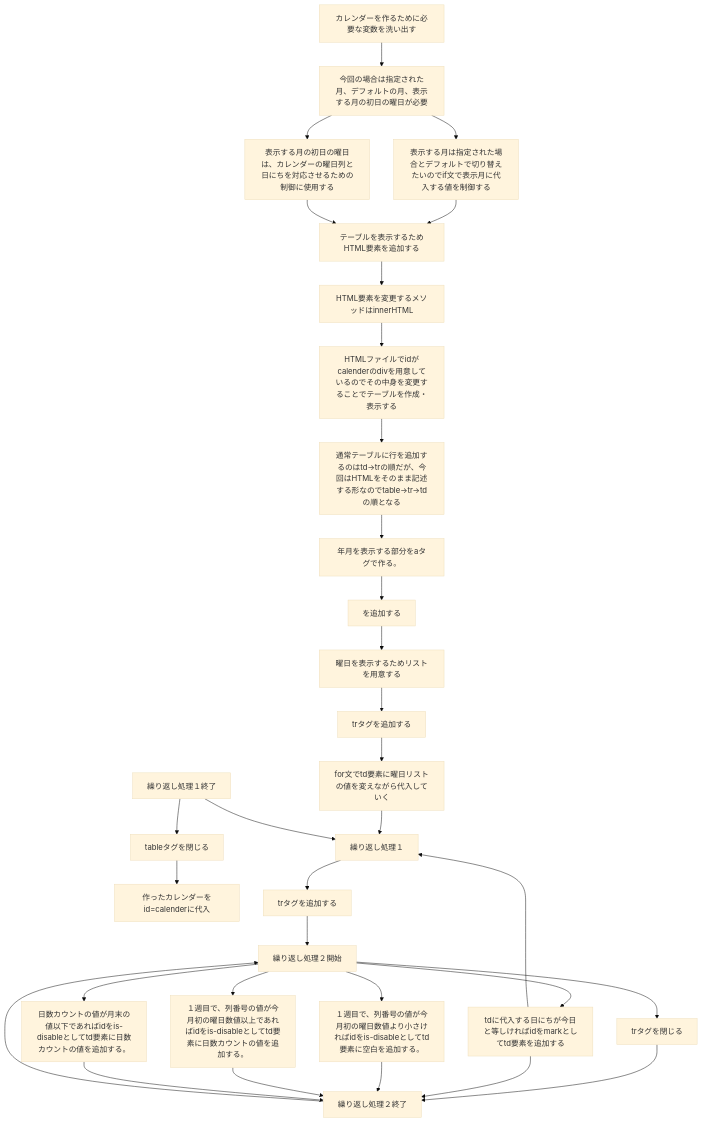
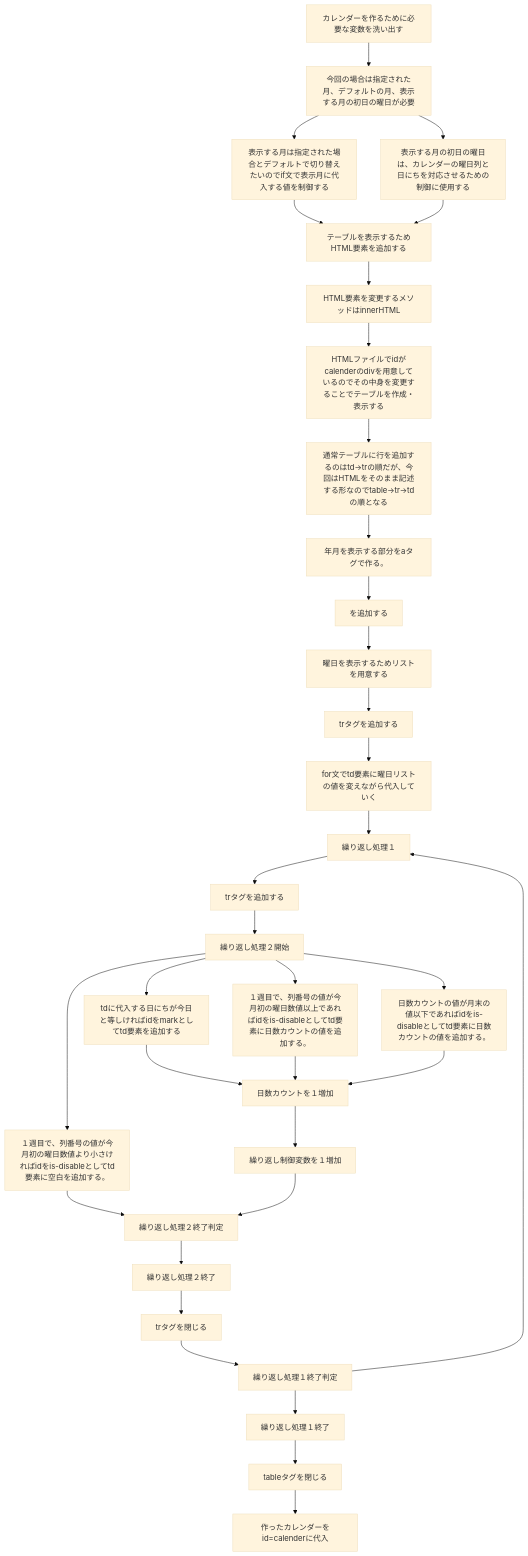
One commit to ballboyst/javascript_output changed the diagram in thought_process.md. Above: the diagram before and after it, drawn with Mermaid (base theme). The commit also changed 3 other files, not shown here.

````diff
--- a/thought_process.md
+++ b/thought_process.md
@@ -1,40 +1,41 @@
 ```mermaid
 
 graph TD;
 First[カレンダーを作るために必要な変数を洗い出す]
---> B[今回の場合は指定された月、デフォルトの月、表示する月の初日の曜日が必要]
---> C[表示する月は指定された場合とデフォルトで切り替えたいのでif文で表示月に代入する値を制御する]
+  --> B[今回の場合は指定された月、デフォルトの月、表示する月の初日の曜日が必要]
+  --> C[表示する月は指定された場合とデフォルトで切り替えたいのでif文で表示月に代入する値を制御する]
 B --> D[表示する月の初日の曜日は、カレンダーの曜日列と日にちを対応させるための制御に使用する]
 C --> E[テーブルを表示するためHTML要素を追加する]
 D --> E
 E --> F[HTML要素を変更するメソッドはinnerHTML]
 F --> G[HTMLファイルでidがcalenderのdivを用意しているのでその中身を変更することでテーブルを作成・表示する]
 G --> H[通常テーブルに行を追加するのはtd→trの順だが、今回はHTMLをそのまま記述する形なのでtable→tr→tdの順となる]
 H --> I[年月を表示する部分をaタグで作る。]
 I --> J[<table>を追加する]
 J --> K[曜日を表示するためリストを用意する]
 K --> L[trタグを追加する]
 L --> M[for文でtd要素に曜日リストの値を変えながら代入していく]
 M --> N[繰り返し処理１]
-Z --> O[tableタグを閉じる]
+AC --> O[tableタグを閉じる]
 O --> P[作ったカレンダーをid=calenderに代入]
 
 
 N --> R[trタグを追加する]
+
 R --> S[繰り返し処理２開始]
-S --> T[trタグを閉じる]
-T --> Y
+AB --> T[trタグを閉じる]
 S --> U[tdに代入する日にちが今日と等しければidをmarkとしてtd要素を追加する]
 S --> V[１週目で、列番号の値が今月初の曜日数値より小さければidをis-disableとしてtd要素に空白を追加する。]
 S --> W[１週目で、列番号の値が今月初の曜日数値以上であればidをis-disableとしてtd要素に日数カウントの値を追加する。]
 S --> X[日数カウントの値が月末の値以下であればidをis-disableとしてtd要素に日数カウントの値を追加する。]
-U --> N
-U --> Y[繰り返し処理２終了]
-V --> Y
-W --> Y
-X --> Y
-Y --> S
-Z[繰り返し処理１終了]
+U --> AA[日数カウントを１増加]
+W --> AA
+X --> AA
+V --> Y[繰り返し処理２終了判定]
+Y  --> AB[繰り返し処理２終了]
+T --> Z[繰り返し処理１終了判定]
 Z --> N
-
+Z --> AC[繰り返し処理１終了]
+AA --> AD[繰り返し制御変数を１増加]
+AD --> Y
 ```
````
